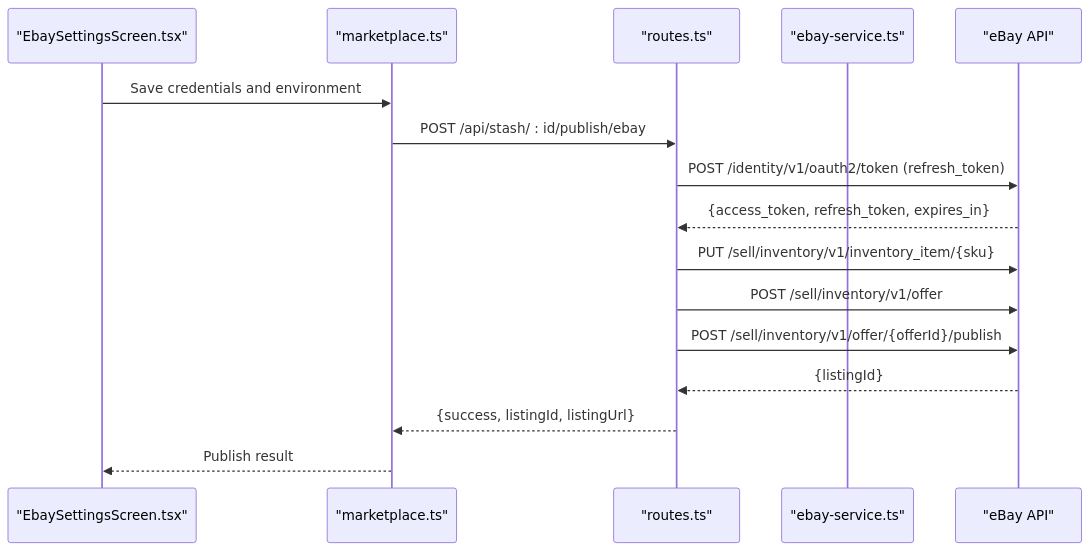
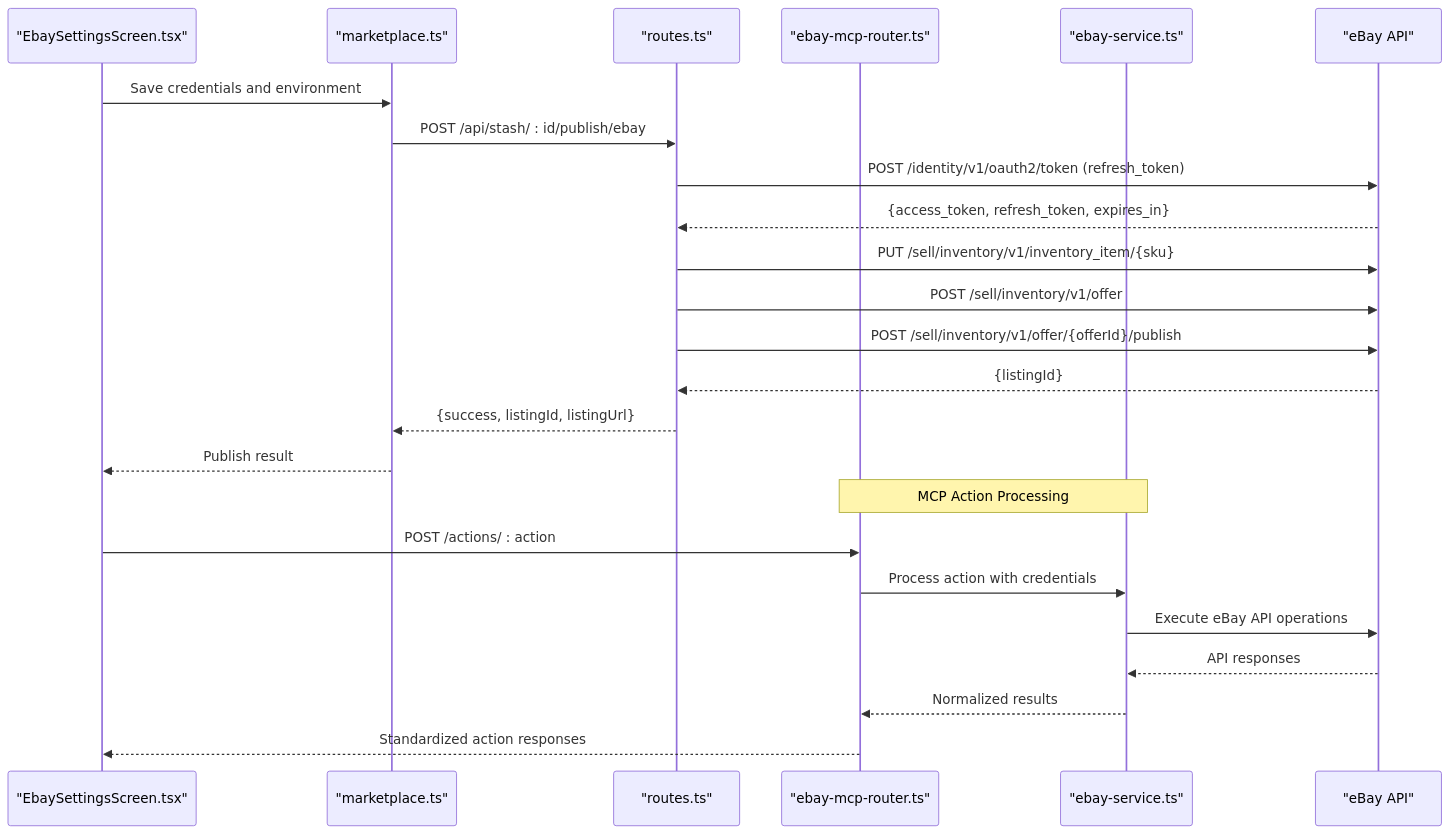
One commit to hunglevi87/Hidden-Gem changed the second of 11 diagrams in .qoder/repowiki/en/content/Marketplace Integration/eBay Integration.md. Above: the diagram before and after it, drawn with Mermaid. The commit also changed other lines of this file and 14 other files, not shown here.

First line of the commit message:
feat(ai-integration): add OpenFang provider and eBay MCP marketplace automation

````diff
--- a/.qoder/repowiki/en/content/Marketplace Integration/eBay Integration.md
+++ b/.qoder/repowiki/en/content/Marketplace Integration/eBay Integration.md
@@ -95,18 +114,26 @@
 ```mermaid
 sequenceDiagram
 participant UI as "EbaySettingsScreen.tsx"
 participant MP as "marketplace.ts"
 participant API as "routes.ts"
+participant MCP as "ebay-mcp-router.ts"
 participant SVC as "ebay-service.ts"
 participant EBAY as "eBay API"
 UI->>MP : Save credentials and environment
 MP->>API : POST /api/stash/ : id/publish/ebay
 API->>EBAY : POST /identity/v1/oauth2/token (refresh_token)
 EBAY-->>API : {access_token, refresh_token, expires_in}
 API->>EBAY : PUT /sell/inventory/v1/inventory_item/{sku}
 API->>EBAY : POST /sell/inventory/v1/offer
 API->>EBAY : POST /sell/inventory/v1/offer/{offerId}/publish
 EBAY-->>API : {listingId}
 API-->>MP : {success, listingId, listingUrl}
 MP-->>UI : Publish result
+Note over MCP,SVC : MCP Action Processing
+UI->>MCP : POST /actions/ : action
+MCP->>SVC : Process action with credentials
+SVC->>EBAY : Execute eBay API operations
+EBAY-->>SVC : API responses
+SVC-->>MCP : Normalized results
+MCP-->>UI : Standardized action responses
 ```
````
